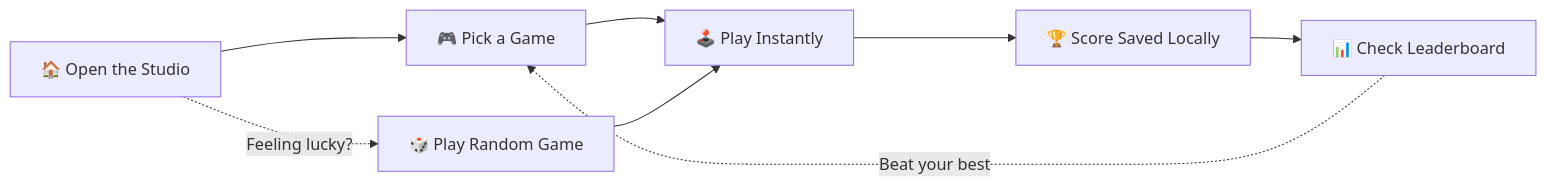
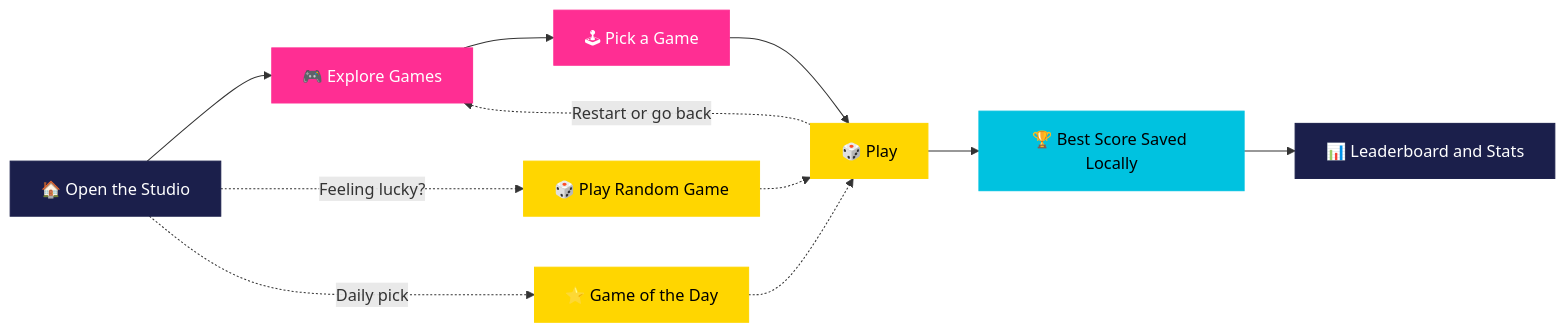
The diagram in README.md (shahrishabh1513-jsk/RT_GAMING_STUDIO), drawn with Mermaid before and after one commit. The commit also changed other lines of this file, not shown here.

````diff
--- a/README.md
+++ b/README.md
@@ -223,10 +333,12 @@
 ```mermaid
 flowchart LR
-    A[🏠 Open the Studio] --> B[🎮 Pick a Game]
-    B --> C[🕹️ Play Instantly]
-    C --> D[🏆 Score Saved Locally]
-    D --> E[📊 Check Leaderboard]
-    E -.->|Beat your best| B
-    A -.->|Feeling lucky?| F[🎲 Play Random Game]
-    F --> C
+    A[🏠 Open the Studio]:::navy --> B[🎮 Explore Games]:::pink --> C[🕹 Pick a Game]:::pink --> D[🎲 Play]:::yellow --> E[🏆 Best Score Saved Locally]:::cyan --> F[📊 Leaderboard and Stats]:::navy
+    A -.->|Feeling lucky?| G[🎲 Play Random Game]:::yellow -.-> D
+    A -.->|Daily pick| H[⭐ Game of the Day]:::yellow -.-> D
+    D -.->|Restart or go back| B
+
+    classDef navy fill:#1B1F4B,stroke:#1B1F4B,color:#fff
+    classDef pink fill:#FF2E93,stroke:#FF2E93,color:#fff
+    classDef yellow fill:#FFD600,stroke:#FFD600,color:#000
+    classDef cyan fill:#00C2E0,stroke:#00C2E0,color:#000
 ```
````
